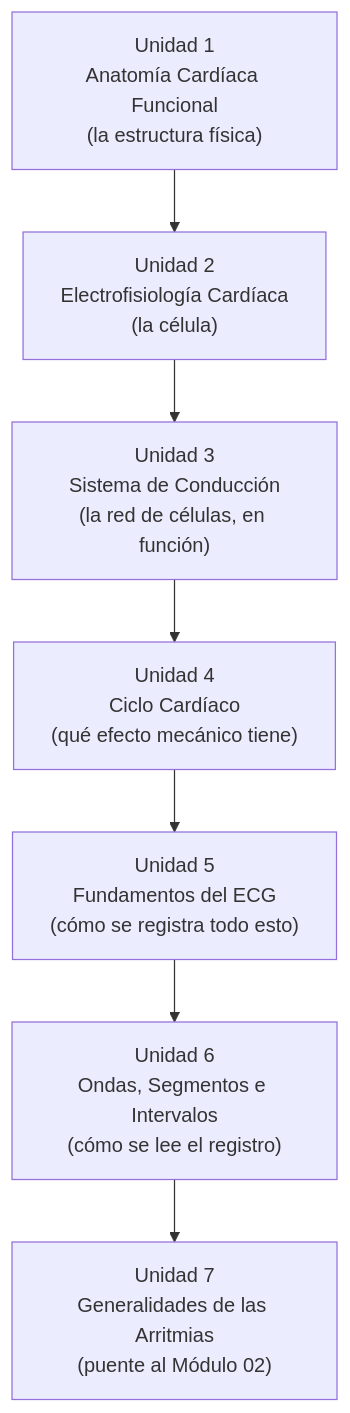
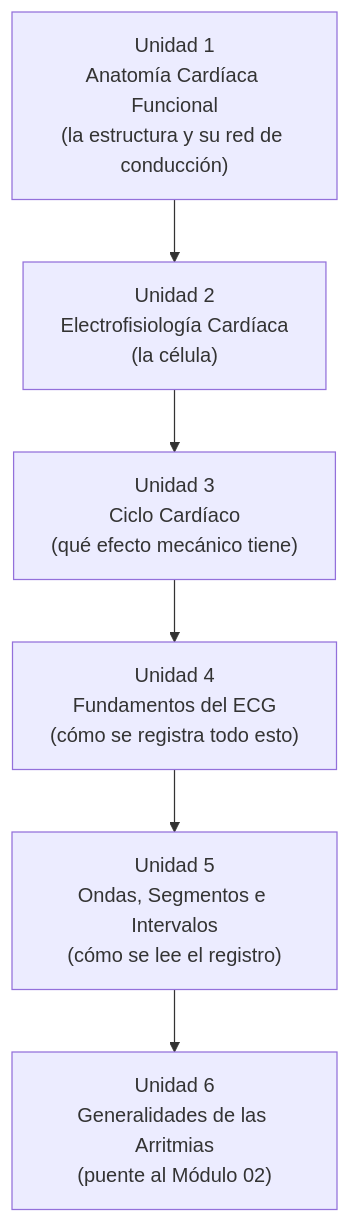
One commit to andresarangoez/OVA-ARRITMIAS-CARDIACAS changed the first of 2 diagrams in docs/ARQUITECTURA-PEDAGOGICA-MODULO-01.md. Above: the diagram before and after it, drawn with Mermaid. The commit also changed other lines of this file and 5 other files, not shown here.

````diff
--- a/docs/ARQUITECTURA-PEDAGOGICA-MODULO-01.md
+++ b/docs/ARQUITECTURA-PEDAGOGICA-MODULO-01.md
@@ -87,23 +102,20 @@
 ```mermaid
 graph TD
     U1["Unidad 1
 Anatomía Cardíaca Funcional
-(la estructura física)"] --> U2["Unidad 2
+(la estructura y su red de conducción)"] --> U2["Unidad 2
 Electrofisiología Cardíaca
 (la célula)"]
     U2 --> U3["Unidad 3
-Sistema de Conducción
-(la red de células, en función)"]
-    U3 --> U4["Unidad 4
 Ciclo Cardíaco
 (qué efecto mecánico tiene)"]
-    U4 --> U5["Unidad 5
+    U3 --> U4["Unidad 4
 Fundamentos del ECG
 (cómo se registra todo esto)"]
-    U5 --> U6["Unidad 6
+    U4 --> U5["Unidad 5
 Ondas, Segmentos e Intervalos
 (cómo se lee el registro)"]
-    U6 --> U7["Unidad 7
+    U5 --> U6["Unidad 6
 Generalidades de las Arritmias
 (puente al Módulo 02)"]
 ```
````
